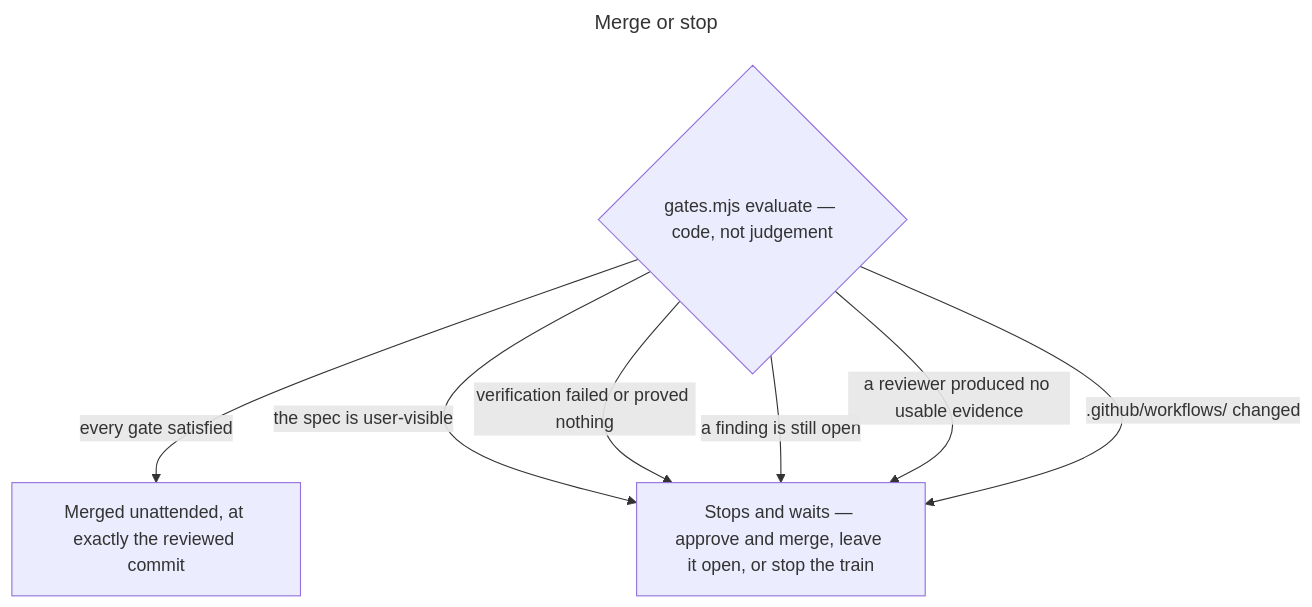
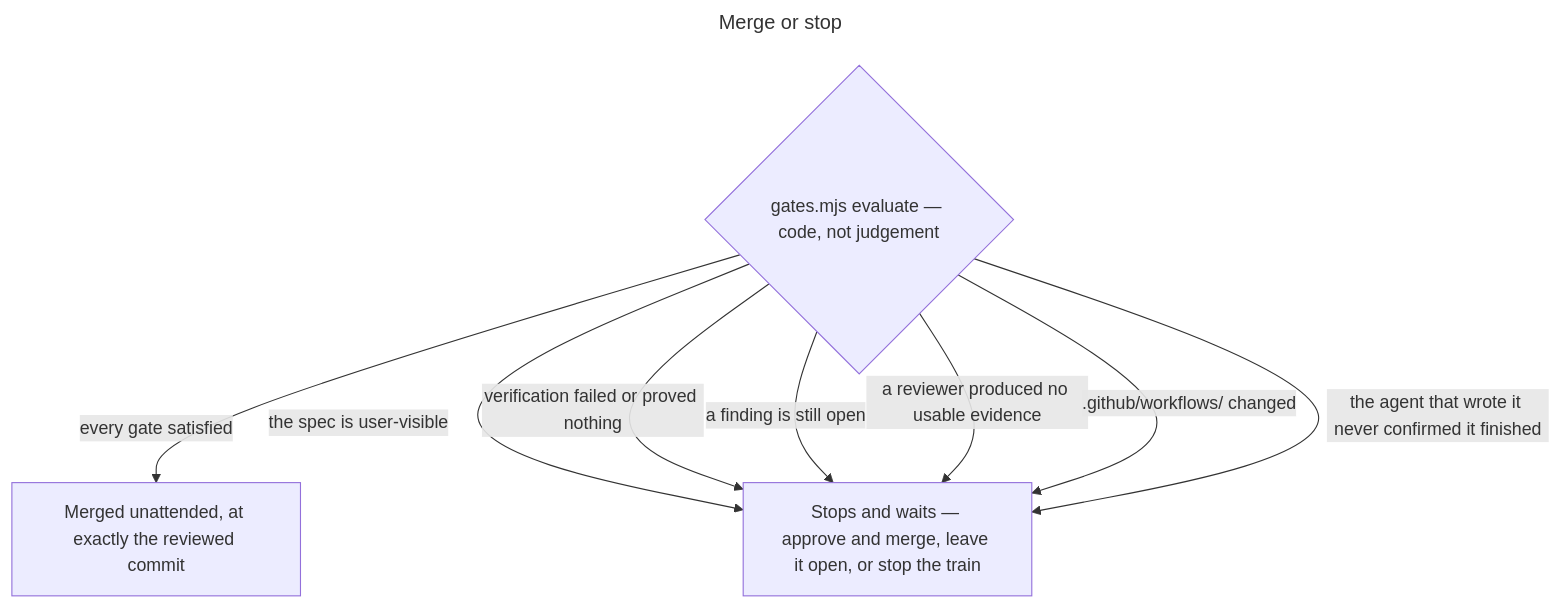
The fourth of 4 diagrams in README.md (Smiley73/tagteam), drawn with Mermaid before and after one commit. The commit also changed other lines of this file and 28 other files, not shown here.

````diff
--- a/README.md
+++ b/README.md
@@ -203,16 +204,17 @@
 ```mermaid
 ---
 title: Merge or stop
 ---
 flowchart TD
     evaluate{"gates.mjs evaluate — code, not judgement"}
     merge["Merged unattended, at exactly the reviewed commit"]
     wait["Stops and waits — approve and merge, leave it open, or stop the train"]
 
     evaluate -->|"every gate satisfied"| merge
     evaluate -->|"the spec is user-visible"| wait
     evaluate -->|"verification failed or proved nothing"| wait
     evaluate -->|"a finding is still open"| wait
     evaluate -->|"a reviewer produced no usable evidence"| wait
     evaluate -->|".github/workflows/ changed"| wait
+    evaluate -->|"the agent that wrote it never confirmed it finished"| wait
 ```
````
